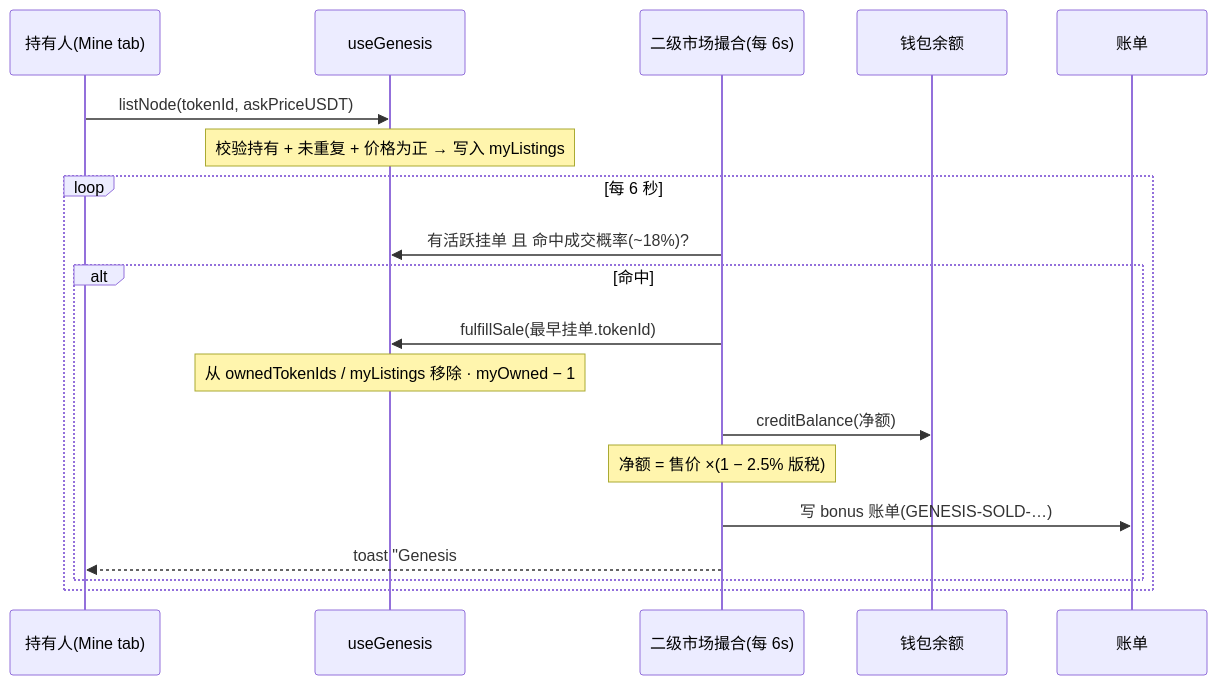
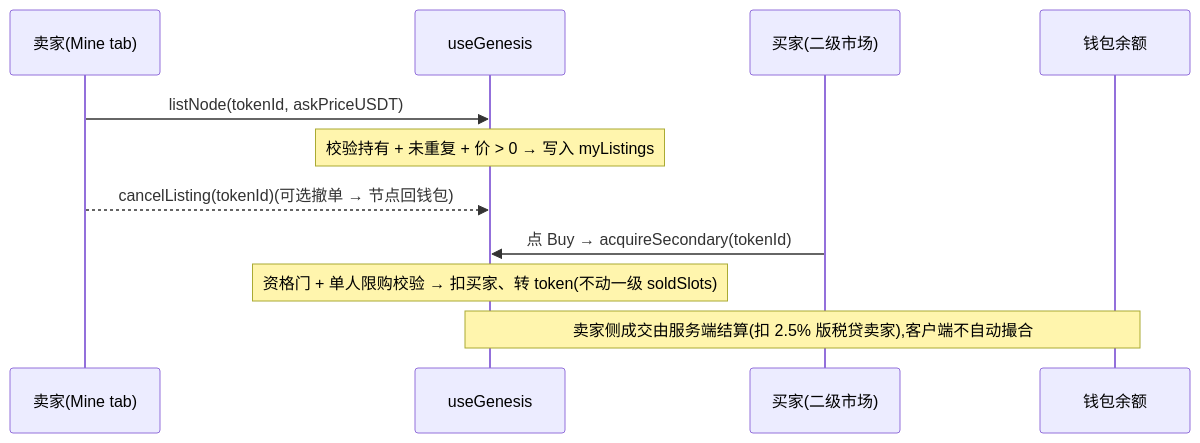
Before and after one commit to agentabatiuo572-byte/nexion-frontend-uniapp: diagram 15 of 17 in PRD/Nexion_产品功能架构设计文档_v3.7.md, drawn with Mermaid. The commit also changed other lines of this file and 17 other files, not shown here.

````diff
--- a/PRD/Nexion_产品功能架构设计文档_v3.7.md
+++ b/PRD/Nexion_产品功能架构设计文档_v3.7.md
@@ -3765,22 +3764,14 @@
 ```mermaid
 sequenceDiagram
-    participant U as 持有人(Mine tab)
+    participant S as 卖家(Mine tab)
     participant G as useGenesis
-    participant Market as 二级市场撮合(每 6s)
+    participant B as 买家(二级市场)
     participant Wallet as 钱包余额
-    participant Bills as 账单
 
-    U->>G: listNode(tokenId, askPriceUSDT)
-    Note over G: 校验持有 + 未重复 + 价格为正 → 写入 myListings
-    loop 每 6 秒
-        Market->>G: 有活跃挂单 且 命中成交概率(~18%)?
-        alt 命中
-            Market->>G: fulfillSale(最早挂单.tokenId)
-            Note over G: 从 ownedTokenIds / myListings 移除 · myOwned − 1
-            Market->>Wallet: creditBalance(净额)
-            Note over Market: 净额 = 售价 ×(1 − 2.5% 版税)
-            Market->>Bills: 写 bonus 账单(GENESIS-SOLD-…)
-            Market-->>U: toast "Genesis #N 已售出 · 到账 $Y"
-        end
-    end
+    S->>G: listNode(tokenId, askPriceUSDT)
+    Note over G: 校验持有 + 未重复 + 价 > 0 → 写入 myListings
+    S-->>G: cancelListing(tokenId)(可选撤单 → 节点回钱包)
+    B->>G: 点 Buy → acquireSecondary(tokenId)
+    Note over G: 资格门 + 单人限购校验 → 扣买家、转 token(不动一级 soldSlots)
+    Note over G,Wallet: 卖家侧成交由服务端结算(扣 2.5% 版税贷卖家),客户端不自动撮合
 ```
````
